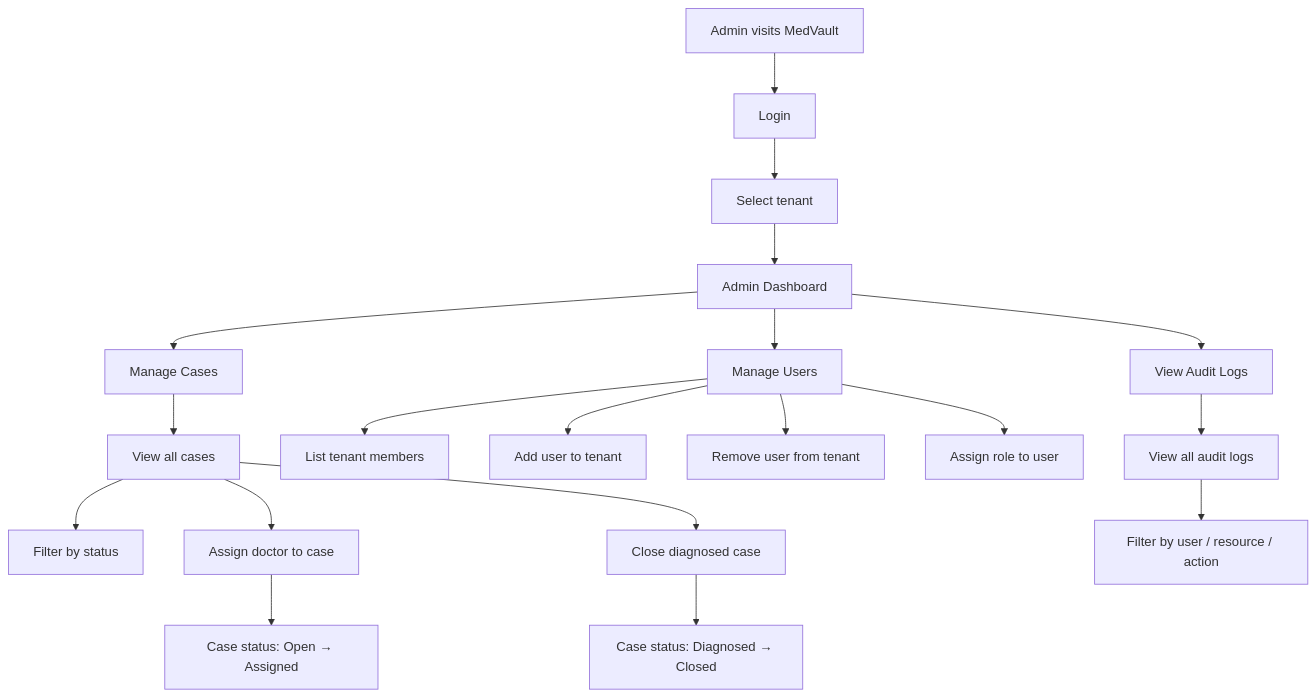
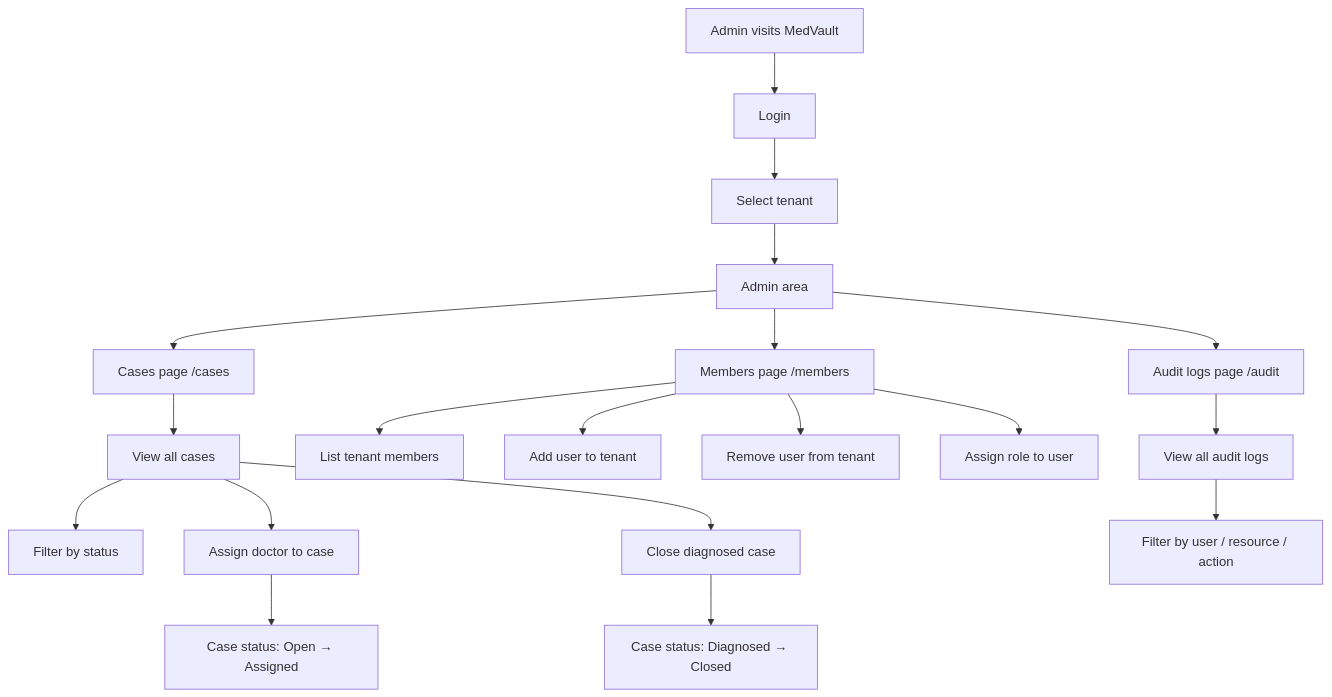
The first of 8 diagrams in docs/diagrams/admin-workflow.md (Acauhi99/med-vault), drawn with Mermaid before and after one commit. The commit also changed other lines of this file and 5 other files, not shown here.

First line of the commit message:
docs: sync architecture and frontend docs

````diff
--- a/docs/diagrams/admin-workflow.md
+++ b/docs/diagrams/admin-workflow.md
@@ -5,25 +5,25 @@
 ```mermaid
 flowchart TD
     A[Admin visits MedVault] --> B[Login]
     B --> C[Select tenant]
-    C --> D[Admin Dashboard]
+    C --> D[Admin area]
 
-    D --> E[Manage Cases]
-    D --> F[Manage Users]
-    D --> G[View Audit Logs]
+    D --> E[Cases page /cases]
+    D --> F[Members page /members]
+    D --> G[Audit logs page /audit]
 
     E --> E1[View all cases]
     E1 --> E2[Filter by status]
     E1 --> E3[Assign doctor to case]
     E3 --> E4[Case status: Open → Assigned]
     E1 --> E5[Close diagnosed case]
     E5 --> E6[Case status: Diagnosed → Closed]
 
     F --> F1[List tenant members]
     F --> F2[Add user to tenant]
     F --> F3[Remove user from tenant]
     F --> F4[Assign role to user]
 
     G --> G1[View all audit logs]
     G1 --> G2[Filter by user / resource / action]
 ```
````
